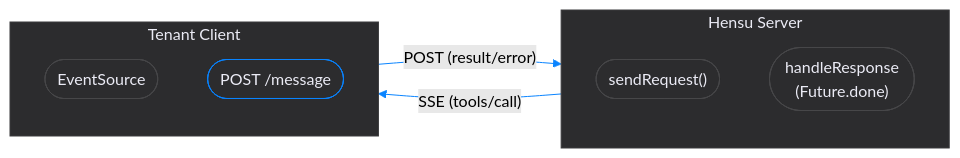
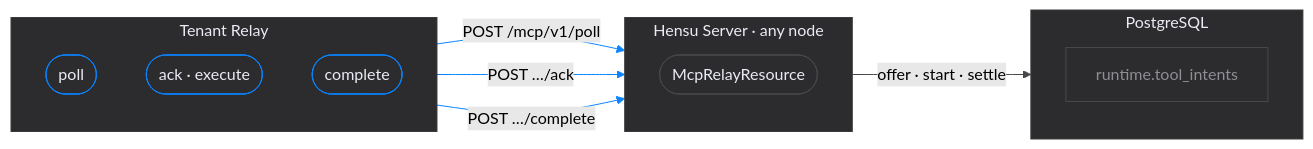
The second of 2 diagrams in hensu-server/README.md (hensu-project/hensu), drawn with Mermaid (forest theme) before and after one commit. The commit also changed other lines of this file and 224 other files, not shown here.

````diff
--- a/hensu-server/README.md
+++ b/hensu-server/README.md
@@ -178,26 +193,36 @@
 ```mermaid
 flowchart LR
-    subgraph server["Hensu Server"]
+    subgraph client["Tenant Relay"]
         direction TB
-        send(["sendRequest()"])
-        handle(["handleResponse\n(Future.done)"])
+        poll(["poll"])
+        ack(["ack · execute"])
+        done(["complete"])
     end
 
-    subgraph client["Tenant Client"]
+    subgraph server["Hensu Server · any node"]
         direction TB
-        es(["EventSource"])
-        post(["POST /message"])
+        api(["McpRelayResource"])
     end
 
-    send -->|"SSE (tools/call)"| es
-    post -->|"POST (result/error)"| handle
+    subgraph db["PostgreSQL"]
+        direction TB
+        intents["runtime.tool_intents"]
+    end
 
+    poll -->|"POST /mcp/v1/poll"| api
+    ack -->|"POST …/ack"| api
+    done -->|"POST …/complete"| api
+    api -->|"offer · start · settle"| intents
+
+    style client fill:#2c2c2e, stroke:#3a3a3c, color:#ebebf5, stroke-width:1px
     style server fill:#2c2c2e, stroke:#3a3a3c, color:#ebebf5, stroke-width:1px
-    style client fill:#2c2c2e, stroke:#3a3a3c, color:#ebebf5, stroke-width:1px
-    style send fill:#2c2c2e, stroke:#48484a, color:#ebebf5, stroke-width:1px
-    style handle fill:#2c2c2e, stroke:#48484a, color:#ebebf5, stroke-width:1px
-    style es fill:#2c2c2e, stroke:#48484a, color:#ebebf5, stroke-width:1px
-    style post fill:#2c2c2e, stroke:#0A84FF, color:#ebebf5, stroke-width:1px
+    style db fill:#2c2c2e, stroke:#3a3a3c, color:#ebebf5, stroke-width:1px
+    style poll fill:#2c2c2e, stroke:#0A84FF, color:#ebebf5, stroke-width:1px
+    style ack fill:#2c2c2e, stroke:#0A84FF, color:#ebebf5, stroke-width:1px
+    style done fill:#2c2c2e, stroke:#0A84FF, color:#ebebf5, stroke-width:1px
+    style api fill:#2c2c2e, stroke:#48484a, color:#ebebf5, stroke-width:1px
+    style intents fill:#2c2c2e, stroke:#48484a, color:#8e8e93, stroke-width:1px
 
-    linkStyle default stroke:#0A84FF, stroke-width:1px
+    linkStyle 0,1,2 stroke:#0A84FF, stroke-width:1px
+    linkStyle 3 stroke:#48484a, stroke-width:1px
 ```
````
